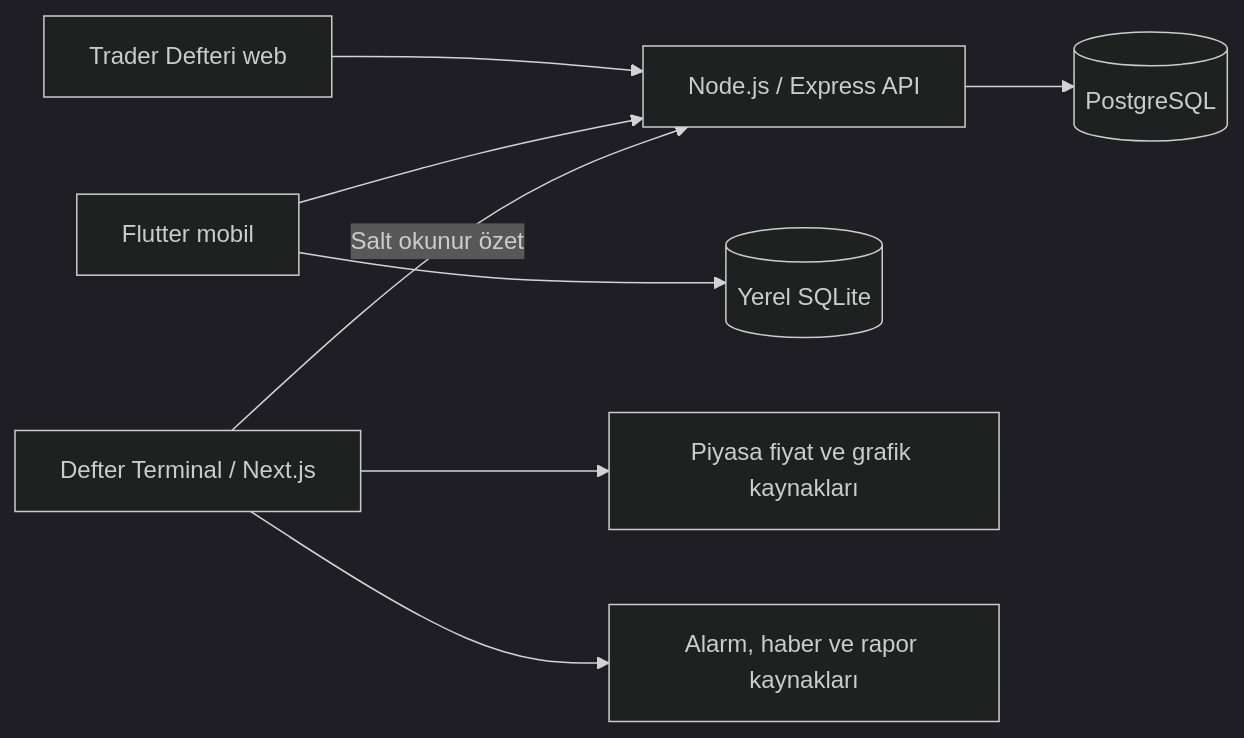
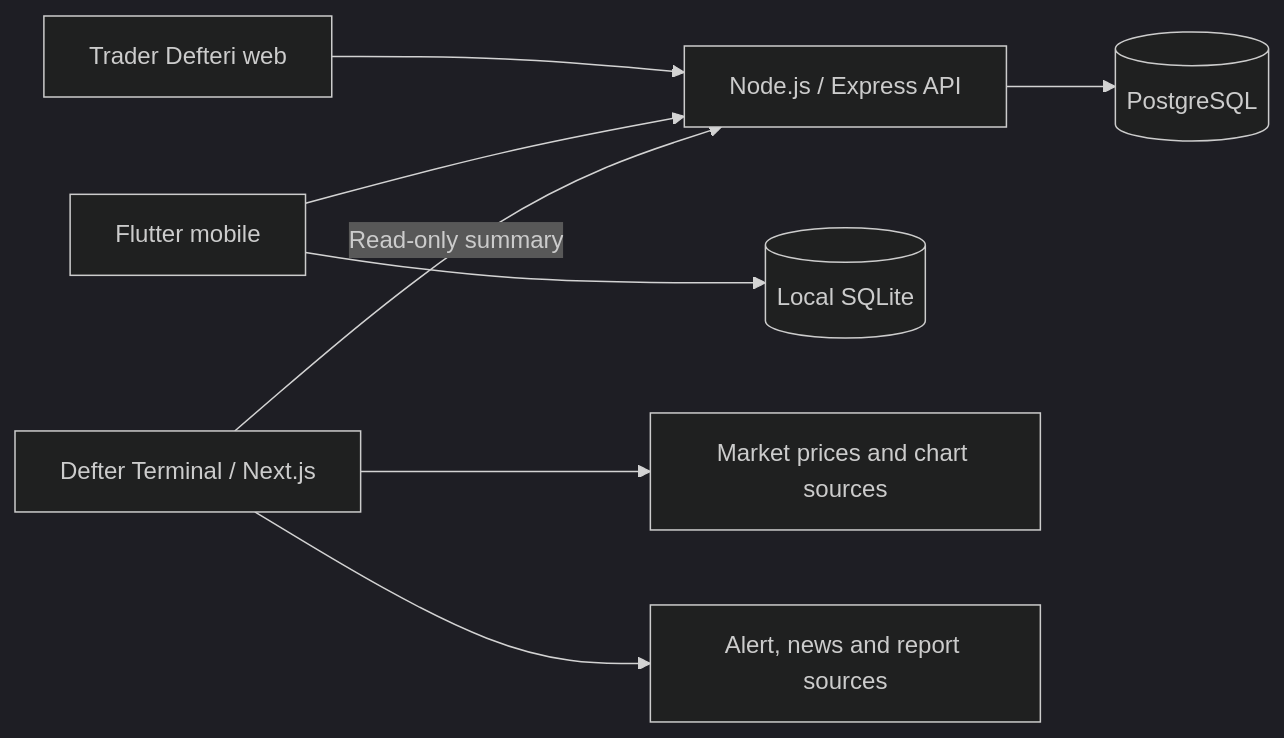
The diagram in README.md (fatihdogann/trader-defteri-showcase), drawn with Mermaid (dark theme) before and after one commit. The commit also changed other lines of this file and 1 other file, not shown here.

````diff
--- a/README.md
+++ b/README.md
@@ -59,10 +61,10 @@
 ```mermaid
 flowchart LR
     Web[Trader Defteri web] --> API[Node.js / Express API]
-    Mobile[Flutter mobil] --> Local[(Yerel SQLite)]
+    Mobile[Flutter mobile] --> Local[(Local SQLite)]
     Mobile --> API
     API --> DB[(PostgreSQL)]
-    Terminal[Defter Terminal / Next.js] -->|Salt okunur özet| API
-    Terminal --> Market[Piyasa fiyat ve grafik kaynakları]
-    Terminal --> Reports[Alarm, haber ve rapor kaynakları]
+    Terminal[Defter Terminal / Next.js] -->|Read-only summary| API
+    Terminal --> Market[Market prices and chart sources]
+    Terminal --> Reports[Alert, news and report sources]
 ```
````
